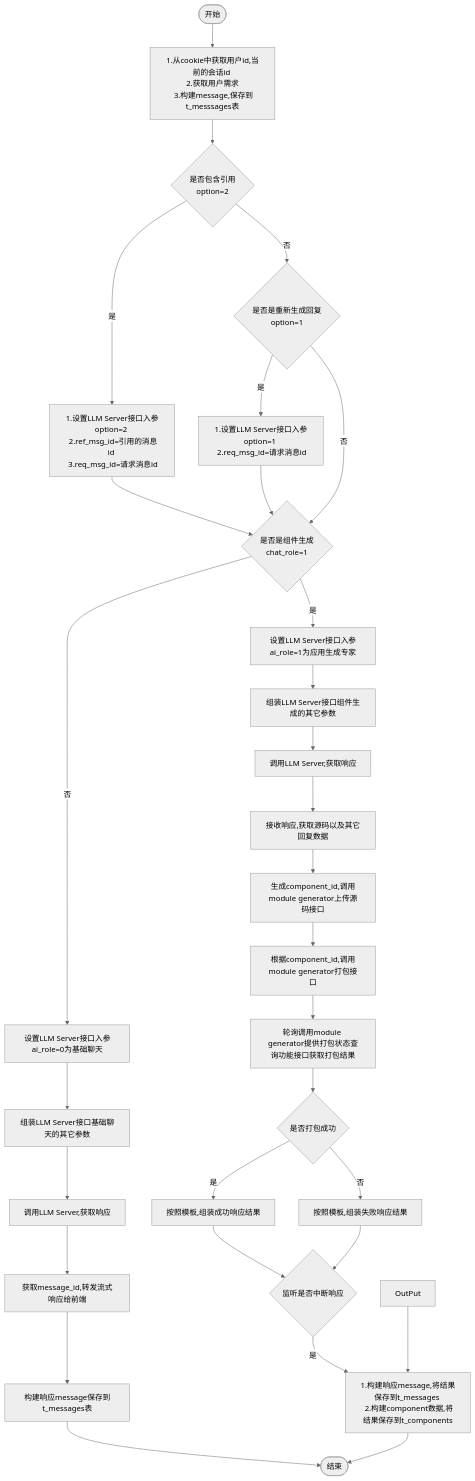
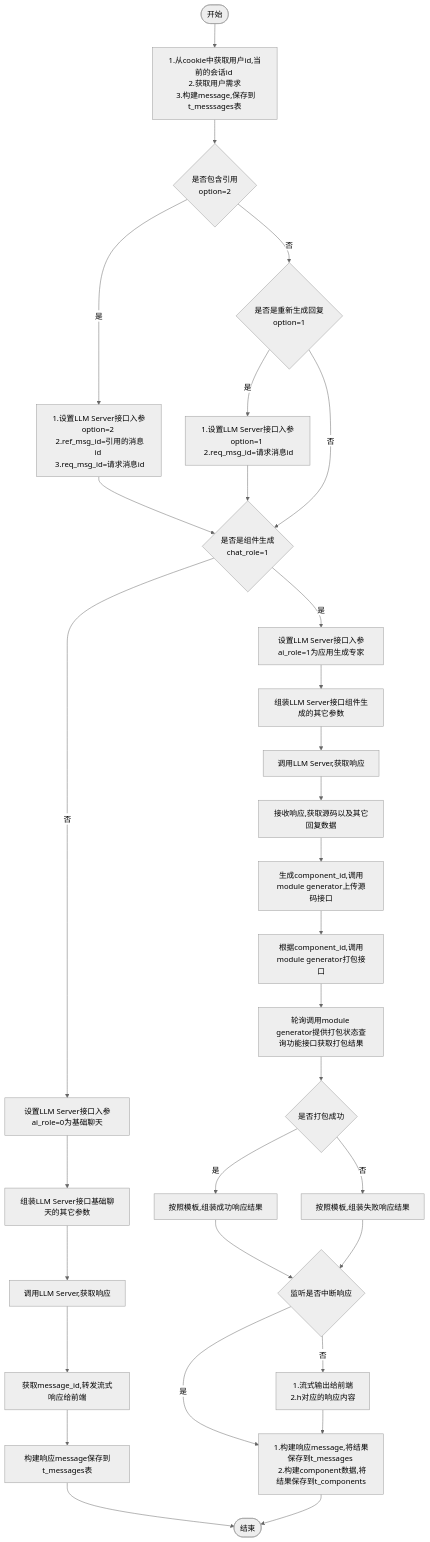
Before and after one commit to yingjianzh/iodraw-files: the diagram in all/w3-会话-不需要传递message.md, drawn with Mermaid (neutral theme).

Commit message:
2024-10-15 15:16:55 update

````diff
--- a/all/w3-会话-不需要传递message.md
+++ b/all/w3-会话-不需要传递message.md
@@ -1,37 +1,37 @@
 ```mermaid
 flowchart TD
     A([开始]) --> B[1.从cookie中获取用户id,当前的会话id \n 2.获取用户需求 \n 3.构建message,保存到t_messsages表]
     B--> D{是否包含引用 \n option=2}
     D -- 是 --> E[1.设置LLM Server接口入参option=2 \n 2.ref_msg_id=引用的消息id \n 3.req_msg_id=请求消息id]
     D -- 否 --> F{是否是重新生成回复\n option=1}
     F -- 是 --> G[1.设置LLM Server接口入参option=1 \n 2.req_msg_id=请求消息id]
     F -- 否 --> I
      
     E & G --> I{是否是组件生成 \n chat_role=1}
     I -- 否 --> K[设置LLM Server接口入参ai_role=0为基础聊天]
     I -- 是 --> J[设置LLM Server接口入参ai_role=1为应用生成专家]
     
 
     J --> L[组装LLM Server接口组件生成的其它参数]    
     K --> M[组装LLM Server接口基础聊天的其它参数]    
     M --> N[调用LLM Server,获取响应]    
     N --> O[获取message_id,转发流式响应给前端]
     O --> P[构建响应message保存到t_messages表]
     P --> R([结束])
 
 
     L --> S[调用LLM Server,获取响应]
     S --> T[接收响应,获取源码以及其它回复数据]
     T --> U[生成component_id,调用module generator上传源码接口]
     U --> V[根据component_id,调用module generator打包接口]
     V --> W[轮询调用module generator提供打包状态查询功能接口获取打包结果]
     W --> X{是否打包成功}
     X -- 是 --> Y[按照模板,组装成功响应结果]
     X -- 否 --> Z[按照模板,组装失败响应结果]
     Y & Z --> Done{监听是否中断响应}
-    
     Done -- 是 --> Result
-    
+    Done -- 否 --> OutPut[1.流式输出给前端 \n 2.h对应的响应内容]
+
     OutPut --> Result[1.构建响应message,将结果保存到t_messages \n 2.构建component数据,将结果保存到t_components]
     Result --> R
 ```
````
